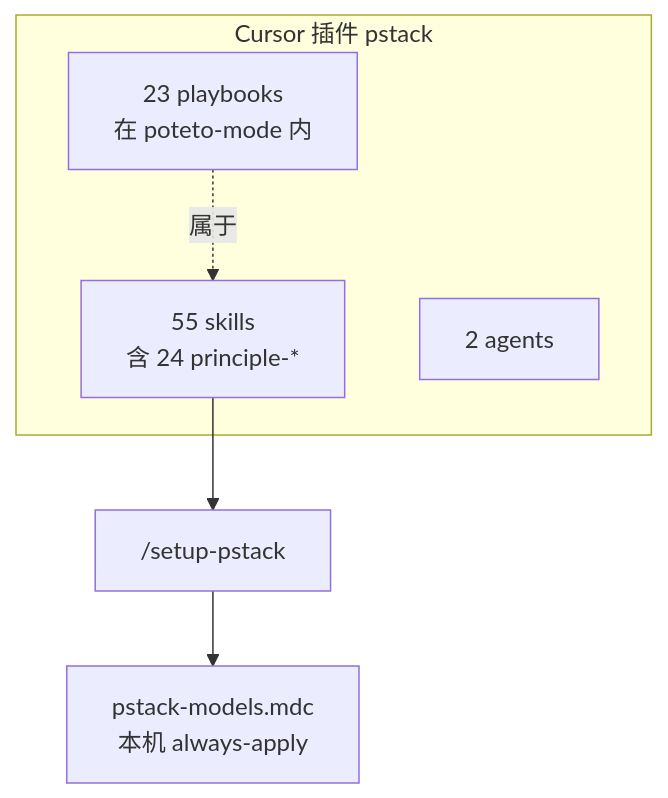
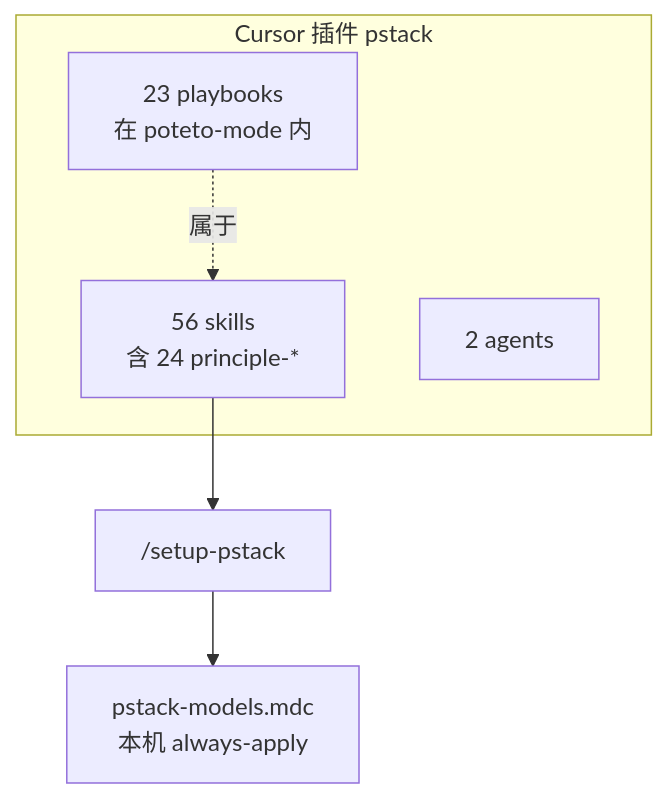
The first of 3 diagrams in tutorials/anatomy.md (fenfenxu/pstack-zh), drawn with Mermaid before and after one commit. The commit also changed other lines of this file and 20 other files, not shown here.

````diff
--- a/tutorials/anatomy.md
+++ b/tutorials/anatomy.md
@@ -28,11 +28,11 @@
 ```mermaid
 flowchart TB
   subgraph plugin["Cursor 插件 pstack"]
-    S["55 skills<br/>含 24 principle-*"]
+    S["56 skills<br/>含 24 principle-*"]
     A["2 agents"]
     PB["23 playbooks<br/>在 poteto-mode 内"]
   end
   SETUP["/setup-pstack"] --> R["pstack-models.mdc<br/>本机 always-apply"]
   S --> SETUP
   PB -.->|"属于"| S
 ```
````
